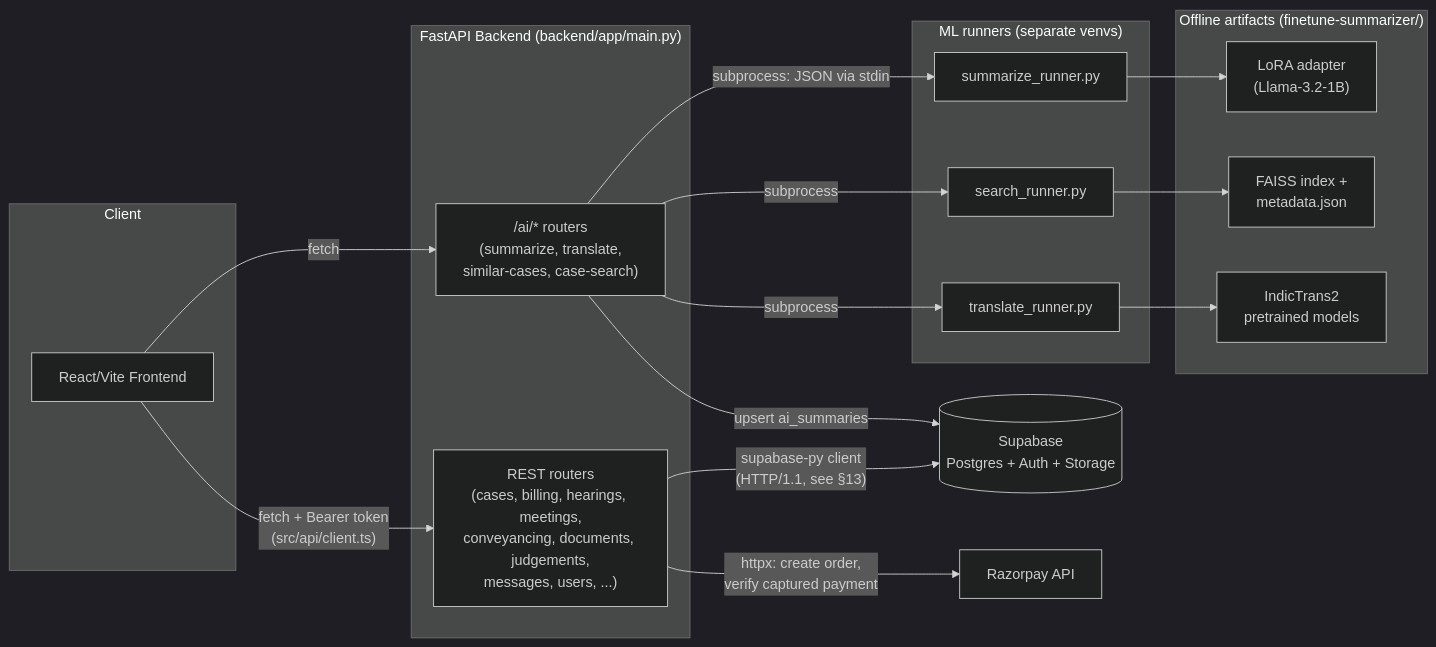
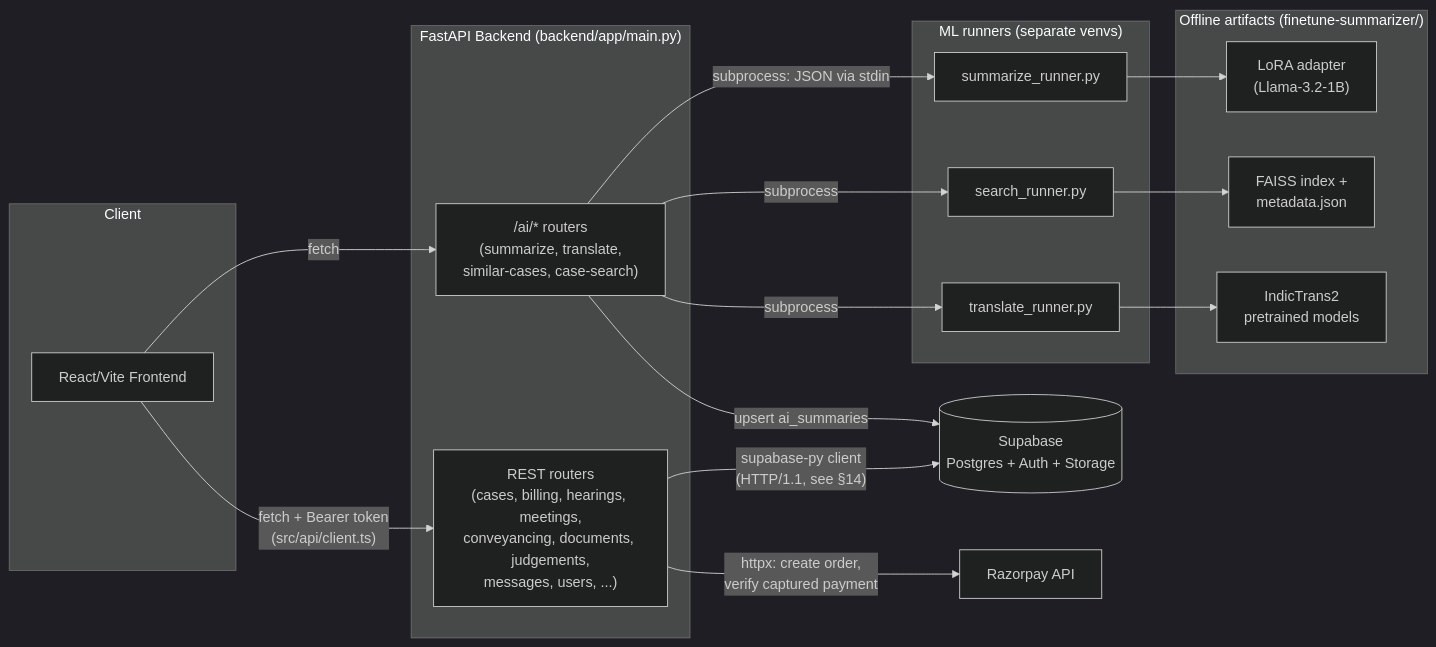
Before and after one commit to eyeofshreyas/BE-Project: the first of 15 diagrams in docs/LLD.md, drawn with Mermaid (dark theme). The commit also changed other lines of this file and 1 other file, not shown here.

````diff
--- a/docs/LLD.md
+++ b/docs/LLD.md
@@ -11,38 +11,38 @@
 ```mermaid
 graph LR
     subgraph Client
         FE["React/Vite Frontend"]
     end
 
     subgraph Backend["FastAPI Backend (backend/app/main.py)"]
         API["REST routers\n(cases, billing, hearings, meetings,\nconveyancing, documents, judgements,\nmessages, users, ...)"]
         AI["/ai/* routers\n(summarize, translate,\nsimilar-cases, case-search)"]
     end
 
     DB[("Supabase\nPostgres + Auth + Storage")]
     RZP["Razorpay API"]
 
     subgraph MLRunners["ML runners (separate venvs)"]
         R1["summarize_runner.py"]
         R2["translate_runner.py"]
         R3["search_runner.py"]
     end
 
     subgraph Artifacts["Offline artifacts (finetune-summarizer/)"]
         A1["LoRA adapter\n(Llama-3.2-1B)"]
         A2["FAISS index +\nmetadata.json"]
         A3["IndicTrans2\npretrained models"]
     end
 
     FE -->|"fetch + Bearer token\n(src/api/client.ts)"| API
     FE -->|fetch| AI
-    API -->|"supabase-py client\n(HTTP/1.1, see §13)"| DB
+    API -->|"supabase-py client\n(HTTP/1.1, see §14)"| DB
     API -->|"httpx: create order,\nverify captured payment"| RZP
     AI -->|"subprocess: JSON via stdin"| R1
     AI -->|subprocess| R2
     AI -->|subprocess| R3
     AI -->|"upsert ai_summaries"| DB
     R1 --> A1
     R3 --> A2
     R2 --> A3
 ```
````
